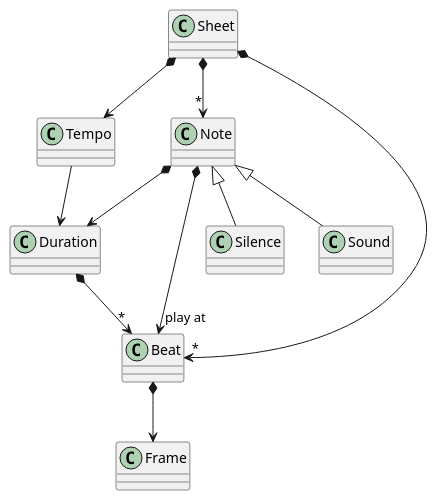
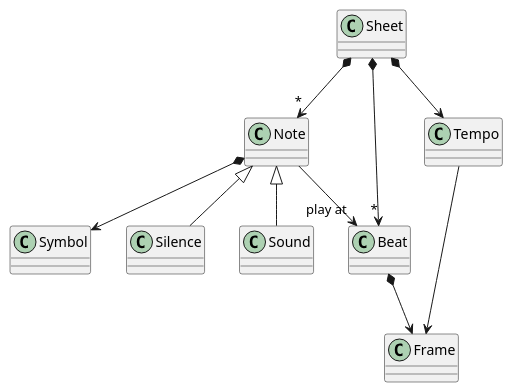
The diagram in Assets/Runtime/docs/DomainModel.puml (Juan-Albert/GGJ-2024), drawn with PlantUML before and after one commit. The commit also changed 68 other files, not shown here.

```diff
--- a/Assets/Runtime/docs/DomainModel.puml
+++ b/Assets/Runtime/docs/DomainModel.puml
@@ -1,15 +1,13 @@
 @startuml
 
 Sheet *--> "*" Note
 Sheet *--> Tempo
 Sheet *--> "*" Beat
-Note *--> Duration
-Note  *--> "play at" Beat
-Duration *--> "*" "Beat"
+Note *--> Symbol
+Note  --> "play at" Beat
 Beat *--> Frame
-Tempo --> Duration 
-
 Note <|-- Silence
 Note <|-- Sound
+Tempo --> Frame
 
 @enduml
```
